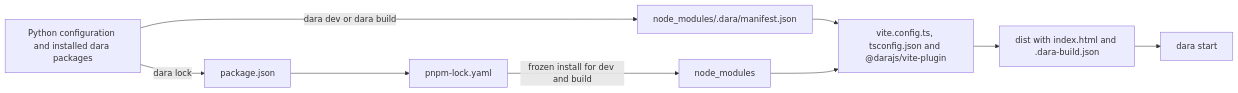
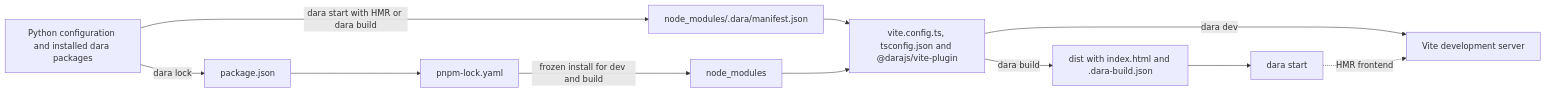
One commit to causalens/dara changed the diagram in docs-internal/proposals/dara-js-build-redesign.md. Above: the diagram before and after it, drawn with Mermaid. The commit also changed other lines of this file, not shown here.

````diff
--- a/docs-internal/proposals/dara-js-build-redesign.md
+++ b/docs-internal/proposals/dara-js-build-redesign.md
@@ -134,17 +136,21 @@
 ```mermaid
 flowchart LR
     config["Python configuration and installed dara packages"]
     package["package.json"]
     lock["pnpm-lock.yaml"]
     manifest["node_modules/.dara/manifest.json"]
     modules["node_modules"]
     vite["vite.config.ts, tsconfig.json and @darajs/vite-plugin"]
+    dev["Vite development server"]
     dist["dist with index.html and .dara-build.json"]
     start["dara start"]
 
     config -->|"dara lock"| package --> lock
     lock -->|"frozen install for dev and build"| modules
-    config -->|"dara dev or dara build"| manifest
+    config -->|"dara start with HMR or dara build"| manifest
     manifest --> vite
-    modules --> vite --> dist --> start
+    modules --> vite
+    vite -->|"dara dev"| dev
+    vite -->|"dara build"| dist --> start
+    start -.->|"HMR frontend"| dev
 ```
````
